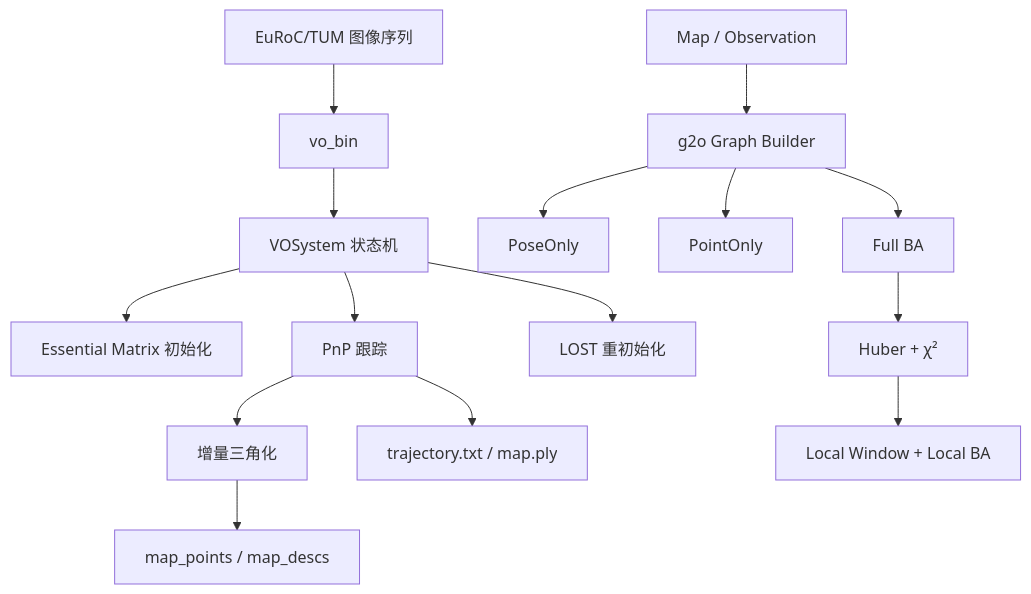
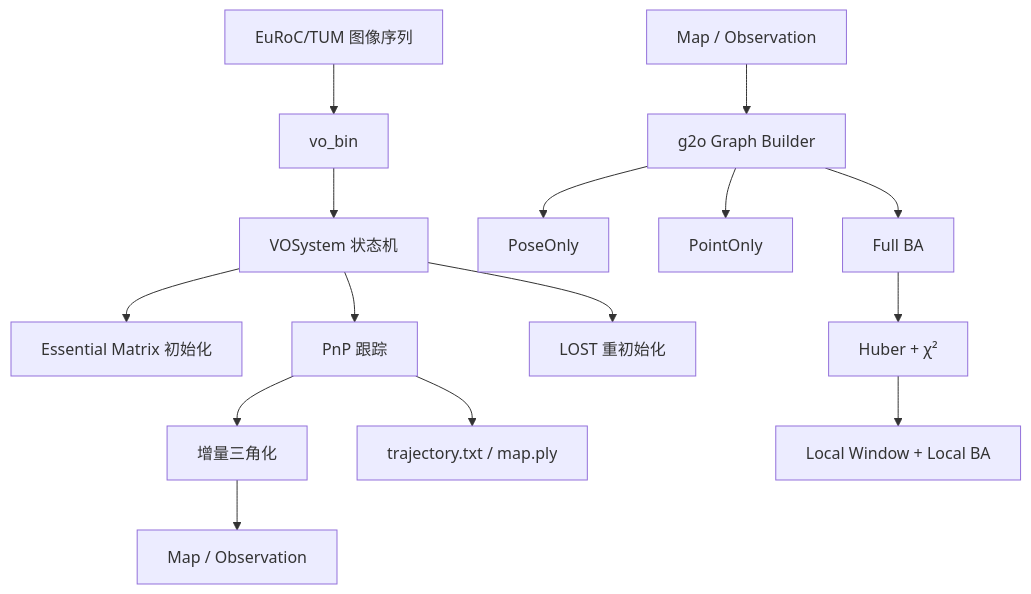
One commit to zhangyiy520-droid/mini-vo changed the diagram in README.md. Above: the diagram before and after it, drawn with Mermaid. The commit also changed other lines of this file and 18 other files, not shown here.

````diff
--- a/README.md
+++ b/README.md
@@ -37,18 +38,18 @@
 ```mermaid
 flowchart TD
     Input["EuRoC/TUM 图像序列"] --> CLI["vo_bin"]
     CLI --> State["VOSystem 状态机"]
     State --> Init["Essential Matrix 初始化"]
     State --> Track["PnP 跟踪"]
     State --> Reinit["LOST 重初始化"]
     Track --> Triangulate["增量三角化"]
-    Triangulate --> FlatMap["map_points / map_descs"]
+    Triangulate --> FlatMap["Map / Observation"]
     Track --> Output["trajectory.txt / map.ply"]
 
     Structured["Map / Observation"] --> Graph["g2o Graph Builder"]
     Graph --> PoseBA["PoseOnly"]
     Graph --> PointBA["PointOnly"]
     Graph --> JointBA["Full BA"]
     JointBA --> Robust["Huber + χ²"]
     Robust --> LocalBA["Local Window + Local BA"]
 ```
````
